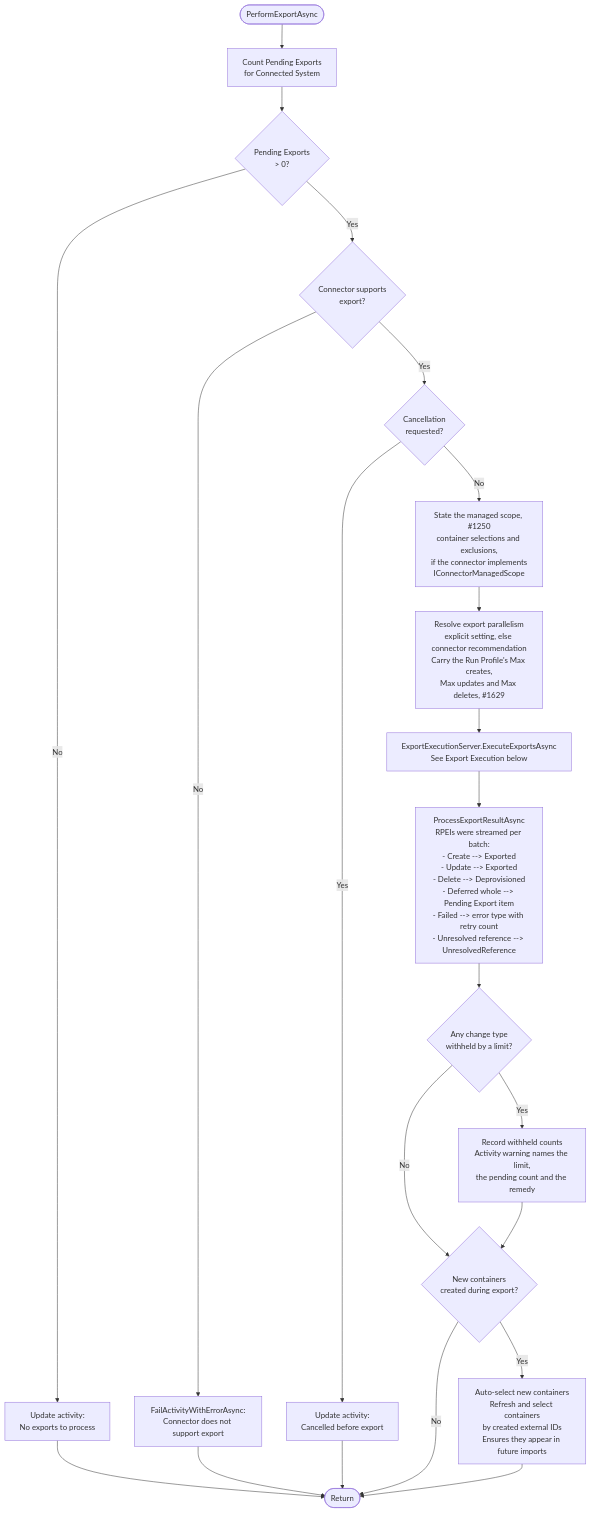
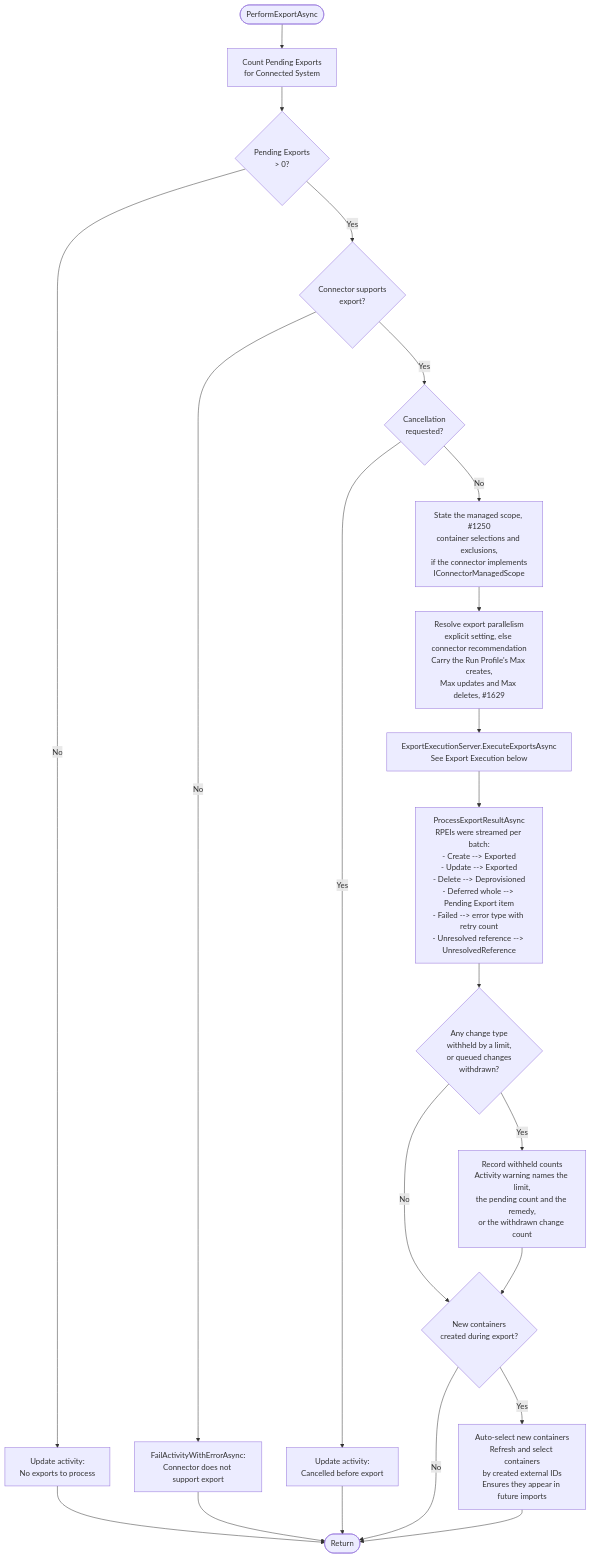
One commit to TetronIO/JIM changed the first of 5 diagrams in docs/developer/diagrams/EXPORT_EXECUTION_FLOW.md. Above: the diagram before and after it, drawn with Mermaid. The commit also changed other lines of this file and 28 other files, not shown here.

First line of the commit message:
docs: update documentation and diagrams for v0.16.0 release

````diff
--- a/docs/developer/diagrams/EXPORT_EXECUTION_FLOW.md
+++ b/docs/developer/diagrams/EXPORT_EXECUTION_FLOW.md
@@ -11,28 +11,28 @@
 ```mermaid
 flowchart TD
     Start([PerformExportAsync]) --> CountPE[Count Pending Exports<br/>for Connected System]
     CountPE --> HasExports{Pending Exports<br/>> 0?}
     HasExports -->|No| NoWork[Update activity:<br/>No exports to process]
     NoWork --> Done([Return])
 
     HasExports -->|Yes| CheckConnector{Connector supports<br/>export?}
     CheckConnector -->|No| FailActivity[FailActivityWithErrorAsync:<br/>Connector does not support export]
     FailActivity --> Done
 
     CheckConnector -->|Yes| CheckCancel{Cancellation<br/>requested?}
     CheckCancel -->|Yes| CancelMsg[Update activity:<br/>Cancelled before export]
     CancelMsg --> Done
 
     CheckCancel -->|No| StateScope[State the managed scope, #1250<br/>container selections and exclusions,<br/>if the connector implements<br/>IConnectorManagedScope]
     StateScope --> Options[Resolve export parallelism<br/>explicit setting, else connector recommendation<br/>Carry the Run Profile's Max creates,<br/>Max updates and Max deletes, #1629]
     Options --> Execute[ExportExecutionServer.ExecuteExportsAsync<br/>See Export Execution below]
     Execute --> ProcessResult[ProcessExportResultAsync<br/>RPEIs were streamed per batch:<br/>- Create --> Exported<br/>- Update --> Exported<br/>- Delete --> Deprovisioned<br/>- Deferred whole --> Pending Export item<br/>- Failed --> error type with retry count<br/>- Unresolved reference --> UnresolvedReference]
 
-    ProcessResult --> Withheld{Any change type<br/>withheld by a limit?}
-    Withheld -->|Yes| WarnWithheld[Record withheld counts<br/>Activity warning names the limit,<br/>the pending count and the remedy]
+    ProcessResult --> Withheld{Any change type<br/>withheld by a limit,<br/>or queued changes<br/>withdrawn?}
+    Withheld -->|Yes| WarnWithheld[Record withheld counts<br/>Activity warning names the limit,<br/>the pending count and the remedy,<br/>or the withdrawn change count]
     Withheld -->|No| CheckContainers
     WarnWithheld --> CheckContainers{New containers<br/>created during export?}
     CheckContainers -->|Yes| AutoSelect[Auto-select new containers<br/>Refresh and select containers<br/>by created external IDs<br/>Ensures they appear in future imports]
     CheckContainers -->|No| Done
     AutoSelect --> Done
 ```
````
